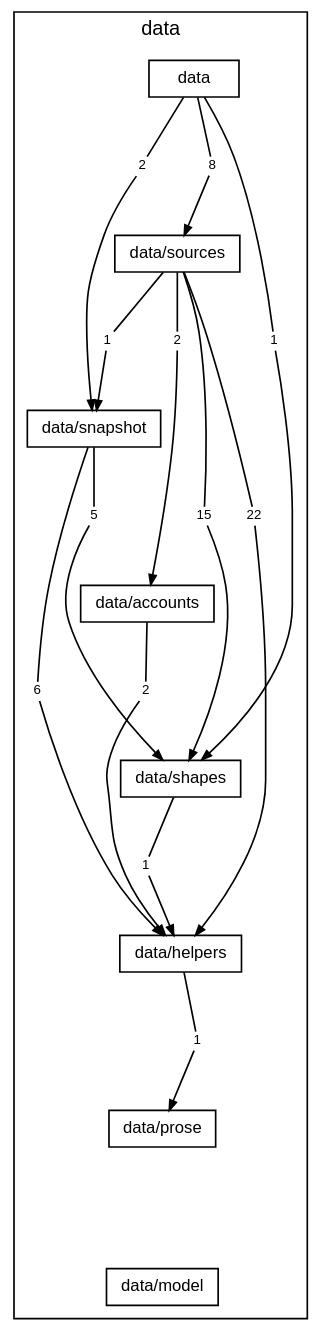
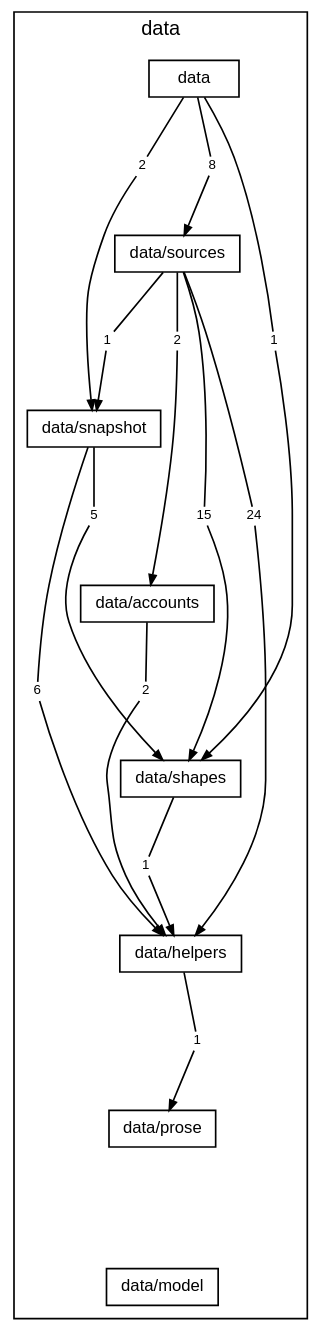
The diagram in docs/diagrams/layer-data.dot (TheAxeC/oculus), drawn with Graphviz before and after one commit. The commit also changed 303 other files, not shown here.

```diff
--- a/docs/diagrams/layer-data.dot
+++ b/docs/diagrams/layer-data.dot
@@ -1,59 +1,59 @@
 digraph layer_data {
     graph [bgcolor="transparent", rankdir=TB, newrank=true, fontname="Helvetica,Arial,sans-serif", fontsize=12, nodesep=0.2, ranksep=0.5];
     node [shape=box, color="black", fontcolor="black", fontname="Helvetica,Arial,sans-serif", fontsize=10, height=0.3, margin="0.12,0.04"];
     edge [color="black", fontcolor="black", fontname="Helvetica,Arial,sans-serif", fontsize=8, arrowsize=0.6];
     subgraph "cluster_data" {
         label="data"; style=solid;
         "folder data" [label="data"];
         "folder data/sources" [label="data/sources"];
         "folder data/snapshot" [label="data/snapshot"];
         "folder data/accounts" [label="data/accounts"];
         "folder data/shapes" [label="data/shapes"];
         "folder data/helpers" [label="data/helpers"];
         "folder data/prose" [label="data/prose"];
         "folder data/model" [label="data/model"];
         "folder data to folder data/shapes" [label="1", shape=box, color="transparent", fontsize=8, width=0, height=0, margin="0.04,0.02"];
         "folder data to folder data/snapshot" [label="2", shape=box, color="transparent", fontsize=8, width=0, height=0, margin="0.04,0.02"];
         "folder data to folder data/sources" [label="8", shape=box, color="transparent", fontsize=8, width=0, height=0, margin="0.04,0.02"];
         "folder data/sources to folder data/accounts" [label="2", shape=box, color="transparent", fontsize=8, width=0, height=0, margin="0.04,0.02"];
-        "folder data/sources to folder data/helpers" [label="22", shape=box, color="transparent", fontsize=8, width=0, height=0, margin="0.04,0.02"];
+        "folder data/sources to folder data/helpers" [label="24", shape=box, color="transparent", fontsize=8, width=0, height=0, margin="0.04,0.02"];
         "folder data/sources to folder data/shapes" [label="15", shape=box, color="transparent", fontsize=8, width=0, height=0, margin="0.04,0.02"];
         "folder data/sources to folder data/snapshot" [label="1", shape=box, color="transparent", fontsize=8, width=0, height=0, margin="0.04,0.02"];
         "folder data/snapshot to folder data/helpers" [label="6", shape=box, color="transparent", fontsize=8, width=0, height=0, margin="0.04,0.02"];
         "folder data/snapshot to folder data/shapes" [label="5", shape=box, color="transparent", fontsize=8, width=0, height=0, margin="0.04,0.02"];
         "folder data/accounts to folder data/helpers" [label="2", shape=box, color="transparent", fontsize=8, width=0, height=0, margin="0.04,0.02"];
         "folder data/shapes to folder data/helpers" [label="1", shape=box, color="transparent", fontsize=8, width=0, height=0, margin="0.04,0.02"];
         "folder data/helpers to folder data/prose" [label="1", shape=box, color="transparent", fontsize=8, width=0, height=0, margin="0.04,0.02"];
     }
     "folder data" -> "folder data/sources" [style=invis, weight=10, minlen=2];
     "folder data/sources" -> "folder data/snapshot" [style=invis, weight=10, minlen=2];
     "folder data/snapshot" -> "folder data/accounts" [style=invis, weight=10, minlen=2];
     "folder data/accounts" -> "folder data/shapes" [style=invis, weight=10, minlen=2];
     "folder data/shapes" -> "folder data/helpers" [style=invis, weight=10, minlen=2];
     "folder data/helpers" -> "folder data/prose" [style=invis, weight=10, minlen=2];
     "folder data/prose" -> "folder data/model" [style=invis, weight=10, minlen=2];
     "folder data" -> "folder data to folder data/shapes" [arrowhead=none, minlen=3, weight=10];
     "folder data to folder data/shapes" -> "folder data/shapes" [];
     "folder data" -> "folder data to folder data/snapshot" [arrowhead=none, minlen=1, weight=10];
     "folder data to folder data/snapshot" -> "folder data/snapshot" [];
     "folder data" -> "folder data to folder data/sources" [arrowhead=none, minlen=1, weight=10];
     "folder data to folder data/sources" -> "folder data/sources" [];
     "folder data/sources" -> "folder data/sources to folder data/accounts" [arrowhead=none, minlen=1, weight=10];
     "folder data/sources to folder data/accounts" -> "folder data/accounts" [];
     "folder data/sources" -> "folder data/sources to folder data/helpers" [arrowhead=none, minlen=3, weight=10];
     "folder data/sources to folder data/helpers" -> "folder data/helpers" [];
     "folder data/sources" -> "folder data/sources to folder data/shapes" [arrowhead=none, minlen=3, weight=10];
     "folder data/sources to folder data/shapes" -> "folder data/shapes" [];
     "folder data/sources" -> "folder data/sources to folder data/snapshot" [arrowhead=none, minlen=1, weight=10];
     "folder data/sources to folder data/snapshot" -> "folder data/snapshot" [];
     "folder data/snapshot" -> "folder data/snapshot to folder data/helpers" [arrowhead=none, minlen=3, weight=10];
     "folder data/snapshot to folder data/helpers" -> "folder data/helpers" [];
     "folder data/snapshot" -> "folder data/snapshot to folder data/shapes" [arrowhead=none, minlen=1, weight=10];
     "folder data/snapshot to folder data/shapes" -> "folder data/shapes" [];
     "folder data/accounts" -> "folder data/accounts to folder data/helpers" [arrowhead=none, minlen=1, weight=10];
     "folder data/accounts to folder data/helpers" -> "folder data/helpers" [];
     "folder data/shapes" -> "folder data/shapes to folder data/helpers" [arrowhead=none, minlen=1, weight=10];
     "folder data/shapes to folder data/helpers" -> "folder data/helpers" [];
     "folder data/helpers" -> "folder data/helpers to folder data/prose" [arrowhead=none, minlen=1, weight=10];
     "folder data/helpers to folder data/prose" -> "folder data/prose" [];
 }
```
